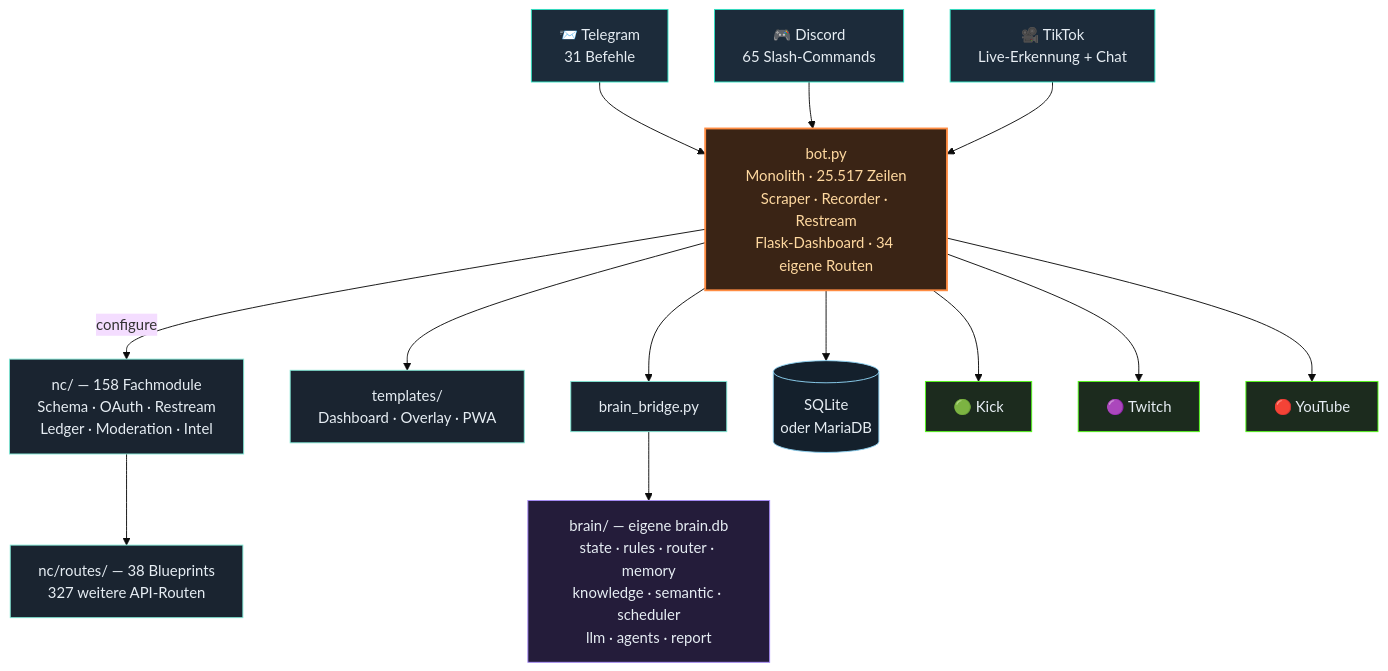
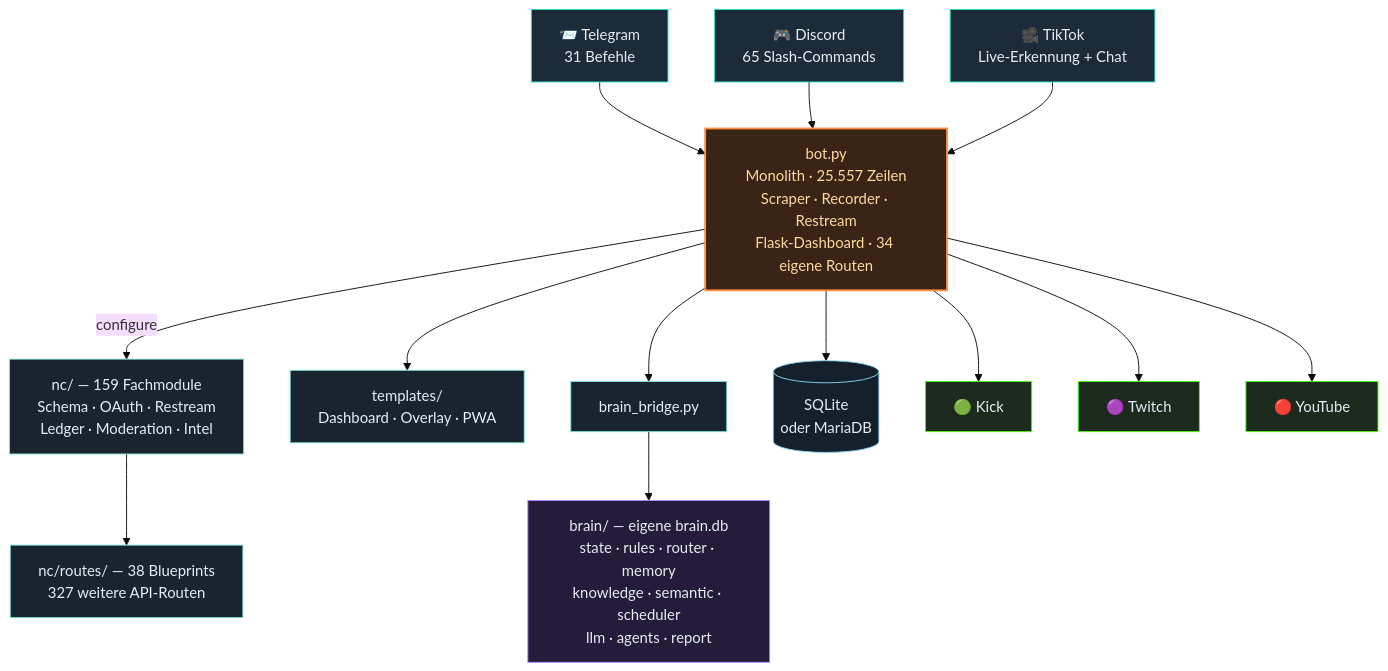
One commit to itsamemedev/Telegram-Stream-Info-Bot changed the third of 4 diagrams in README.md. Above: the diagram before and after it, drawn with Mermaid (base theme). The commit also changed other lines of this file and 11 other files, not shown here.

````diff
--- a/README.md
+++ b/README.md
@@ -189,30 +189,30 @@
 ```mermaid
 flowchart TB
     TG["📨 Telegram<br/>31 Befehle"]:::ein
     DC["🎮 Discord<br/>65 Slash-Commands"]:::ein
     TT["🎥 TikTok<br/>Live-Erkennung + Chat"]:::ein
 
     TG --> BOT
     DC --> BOT
     TT --> BOT
 
-    BOT["bot.py<br/>Monolith · 25.517 Zeilen<br/>Scraper · Recorder · Restream<br/>Flask-Dashboard · 34 eigene Routen"]:::core
+    BOT["bot.py<br/>Monolith · 25.557 Zeilen<br/>Scraper · Recorder · Restream<br/>Flask-Dashboard · 34 eigene Routen"]:::core
 
-    BOT -->|configure| NC["nc/ — 158 Fachmodule<br/>Schema · OAuth · Restream<br/>Ledger · Moderation · Intel"]:::lib
+    BOT -->|configure| NC["nc/ — 159 Fachmodule<br/>Schema · OAuth · Restream<br/>Ledger · Moderation · Intel"]:::lib
     NC --> RT["nc/routes/ — 38 Blueprints<br/>327 weitere API-Routen"]:::lib
     BOT --> TPL["templates/<br/>Dashboard · Overlay · PWA"]:::lib
     BOT --> BR["brain_bridge.py"]:::lib
     BR --> BRAIN["brain/ — eigene brain.db<br/>state · rules · router · memory<br/>knowledge · semantic · scheduler<br/>llm · agents · report"]:::brain
     BOT --> DB[("SQLite<br/>oder MariaDB")]:::db
 
     BOT --> KICK["🟢 Kick"]:::out
     BOT --> TW["🟣 Twitch"]:::out
     BOT --> YT["🔴 YouTube"]:::out
 
     classDef ein fill:#1c2b3a,stroke:#2de1c2,color:#e6edf3
     classDef core fill:#3a2415,stroke:#ff8c42,stroke-width:2px,color:#ffd9a0
     classDef lib fill:#1a2430,stroke:#7fe7d4,color:#e6edf3
     classDef brain fill:#241c3a,stroke:#a78bfa,color:#e6edf3
     classDef db fill:#14202c,stroke:#8fd3f4,color:#e6edf3
     classDef out fill:#1c2b1e,stroke:#53fc18,color:#e6edf3
 ```
````
